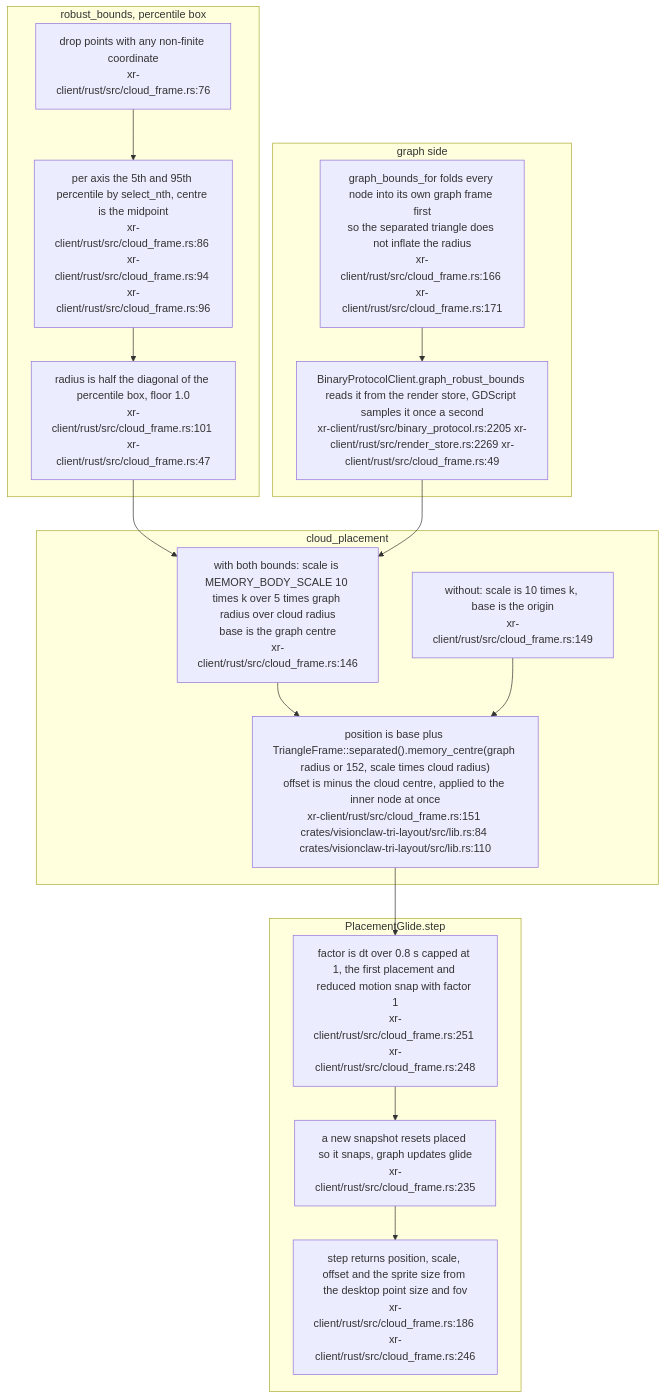
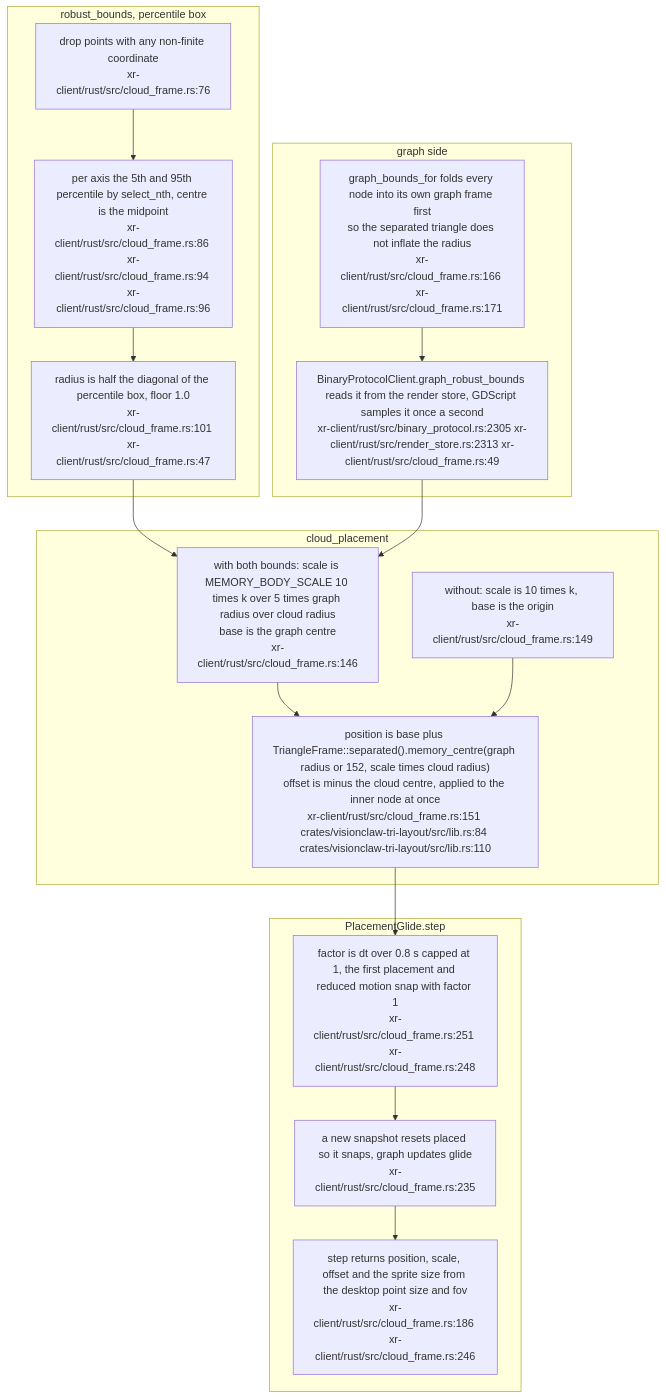
One commit to DreamLab-AI/VisionFlow changed the sixth of 19 diagrams in docs/diagrams/visionclaw/38-xr-memory-cloud-internals.md. Above: the diagram before and after it, drawn with Mermaid. The commit also changed other lines of this file and 56 other files, not shown here.

First line of the commit message:
docs(diagrams): re-verify VisionClaw topics at ec785afa9, add VC-19/56/57 and the VisionClaw register

````diff
--- a/docs/diagrams/visionclaw/38-xr-memory-cloud-internals.md
+++ b/docs/diagrams/visionclaw/38-xr-memory-cloud-internals.md
@@ -259,29 +259,29 @@
 ```mermaid
 flowchart TB
     subgraph bounds["robust_bounds, percentile box"]
         B1["drop points with any non-finite coordinate<br/>xr-client/rust/src/cloud_frame.rs:76"]
         B2["per axis the 5th and 95th percentile by select_nth, centre is the midpoint<br/>xr-client/rust/src/cloud_frame.rs:86 xr-client/rust/src/cloud_frame.rs:94 xr-client/rust/src/cloud_frame.rs:96"]
         B3["radius is half the diagonal of the percentile box, floor 1.0<br/>xr-client/rust/src/cloud_frame.rs:101 xr-client/rust/src/cloud_frame.rs:47"]
     end
     subgraph graph["graph side"]
         G1["graph_bounds_for folds every node into its own graph frame first<br/>so the separated triangle does not inflate the radius<br/>xr-client/rust/src/cloud_frame.rs:166 xr-client/rust/src/cloud_frame.rs:171"]
-        G2["BinaryProtocolClient.graph_robust_bounds reads it from the render store, GDScript samples it once a second<br/>xr-client/rust/src/binary_protocol.rs:2205 xr-client/rust/src/render_store.rs:2269 xr-client/rust/src/cloud_frame.rs:49"]
+        G2["BinaryProtocolClient.graph_robust_bounds reads it from the render store, GDScript samples it once a second<br/>xr-client/rust/src/binary_protocol.rs:2305 xr-client/rust/src/render_store.rs:2313 xr-client/rust/src/cloud_frame.rs:49"]
     end
     subgraph place["cloud_placement"]
         P1["with both bounds: scale is MEMORY_BODY_SCALE 10 times k over 5 times graph radius over cloud radius<br/>base is the graph centre<br/>xr-client/rust/src/cloud_frame.rs:146"]
         P2["without: scale is 10 times k, base is the origin<br/>xr-client/rust/src/cloud_frame.rs:149"]
         P3["position is base plus TriangleFrame::separated().memory_centre(graph radius or 152, scale times cloud radius)<br/>offset is minus the cloud centre, applied to the inner node at once<br/>xr-client/rust/src/cloud_frame.rs:151 crates/visionclaw-tri-layout/src/lib.rs:84 crates/visionclaw-tri-layout/src/lib.rs:110"]
     end
     subgraph glide["PlacementGlide.step"]
         D1["factor is dt over 0.8 s capped at 1, the first placement and reduced motion snap with factor 1<br/>xr-client/rust/src/cloud_frame.rs:251 xr-client/rust/src/cloud_frame.rs:248"]
         D2["a new snapshot resets placed so it snaps, graph updates glide<br/>xr-client/rust/src/cloud_frame.rs:235"]
         D3["step returns position, scale, offset and the sprite size from the desktop point size and fov<br/>xr-client/rust/src/cloud_frame.rs:186 xr-client/rust/src/cloud_frame.rs:246"]
     end
     B1 --> B2 --> B3
     G1 --> G2
     B3 --> P1
     G2 --> P1
     P1 --> P3
     P2 --> P3
     P3 --> D1 --> D2 --> D3
 ```
````
